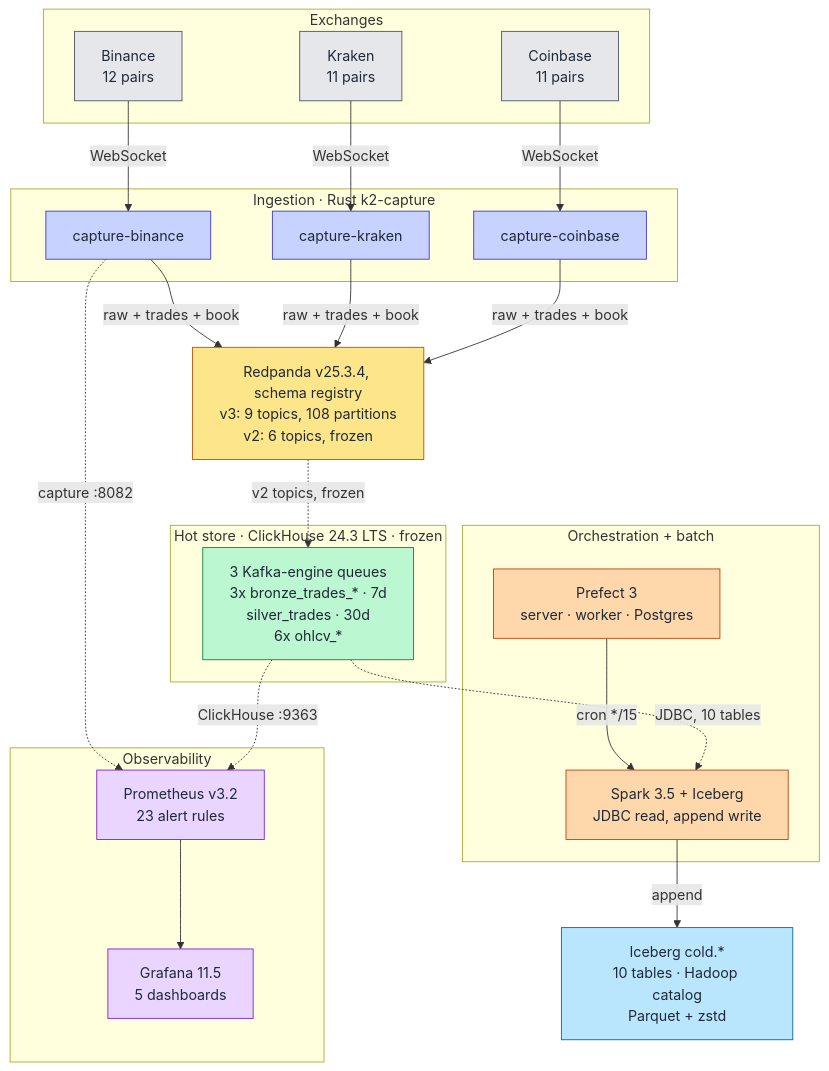
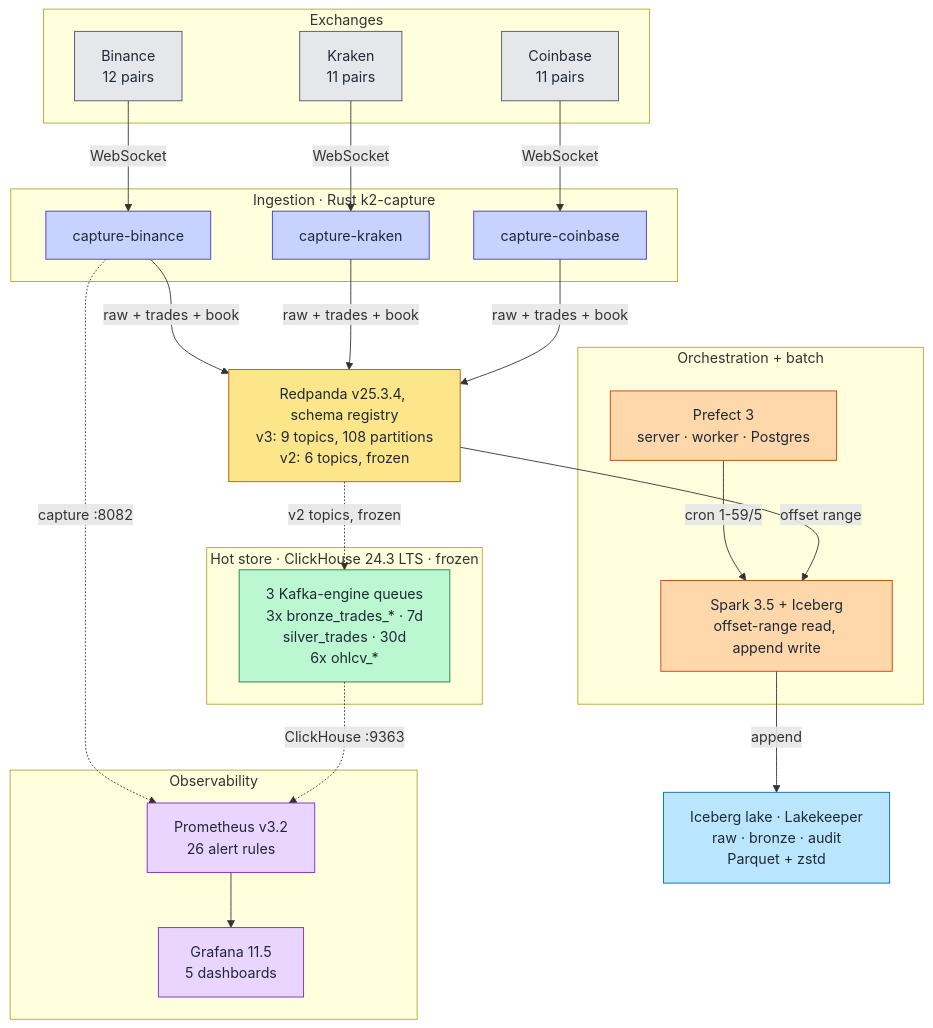
One commit to rjdscott/k2-market-data-platform changed the first of 5 diagrams in docs/architecture/README.md. Above: the diagram before and after it, drawn with Mermaid. The commit also changed other lines of this file and 128 other files, not shown here.

First line of the commit message:
feat(v3): Phase D — lake tier on Lakekeeper + MinIO, replaces docker/offload (#77)

````diff
--- a/docs/architecture/README.md
+++ b/docs/architecture/README.md
@@ -13,62 +13,62 @@
 ```mermaid
 flowchart TB
     subgraph EX["Exchanges"]
         BIN["Binance<br/>12 pairs"]
         KRK["Kraken<br/>11 pairs"]
         CBS["Coinbase<br/>11 pairs"]
     end
 
     subgraph FH["Ingestion · Rust k2-capture"]
         FHB["capture-binance"]
         FHK["capture-kraken"]
         FHC["capture-coinbase"]
     end
 
     RP["Redpanda v25.3.4, schema registry<br/>v3: 9 topics, 108 partitions<br/>v2: 6 topics, frozen"]
 
     subgraph CH["Hot store · ClickHouse 24.3 LTS · frozen"]
         MED["3 Kafka-engine queues<br/>3x bronze_trades_* · 7d<br/>silver_trades · 30d<br/>6x ohlcv_*"]
     end
 
     subgraph BATCH["Orchestration + batch"]
         PF["Prefect 3<br/>server · worker · Postgres"]
-        SP["Spark 3.5 + Iceberg<br/>JDBC read, append write"]
+        SP["Spark 3.5 + Iceberg<br/>offset-range read, append write"]
     end
 
-    ICE["Iceberg cold.*<br/>10 tables · Hadoop catalog<br/>Parquet + zstd"]
+    ICE["Iceberg lake · Lakekeeper<br/>raw · bronze · audit<br/>Parquet + zstd"]
 
     subgraph OBS["Observability"]
-        PR["Prometheus v3.2<br/>23 alert rules"]
+        PR["Prometheus v3.2<br/>26 alert rules"]
         GR["Grafana 11.5<br/>5 dashboards"]
     end
 
     BIN -->|WebSocket| FHB
     KRK -->|WebSocket| FHK
     CBS -->|WebSocket| FHC
     FHB -->|"raw + trades + book"| RP
     FHK -->|"raw + trades + book"| RP
     FHC -->|"raw + trades + book"| RP
     RP -.->|"v2 topics, frozen"| MED
-    PF -->|"cron */15"| SP
-    MED -.->|"JDBC, 10 tables"| SP
+    PF -->|"cron 1-59/5"| SP
+    RP -->|"offset range"| SP
     SP -->|append| ICE
     FHB -.->|"capture :8082"| PR
     MED -.->|"ClickHouse :9363"| PR
     PR --> GR
 
     classDef exchange fill:#e5e7eb,stroke:#4b5563,color:#1f2937
     classDef rust fill:#c7d2fe,stroke:#4338ca,color:#1f2937
     classDef stream fill:#fde68a,stroke:#b45309,color:#1f2937
     classDef ch fill:#bbf7d0,stroke:#15803d,color:#1f2937
     classDef batch fill:#fed7aa,stroke:#c2410c,color:#1f2937
     classDef storage fill:#bae6fd,stroke:#0369a1,color:#1f2937
     classDef obs fill:#e9d5ff,stroke:#7e22ce,color:#1f2937
 
     class BIN,KRK,CBS exchange
     class FHB,FHK,FHC rust
     class RP stream
     class MED ch
     class PF,SP batch
     class ICE storage
     class PR,GR obs
 ```
````
